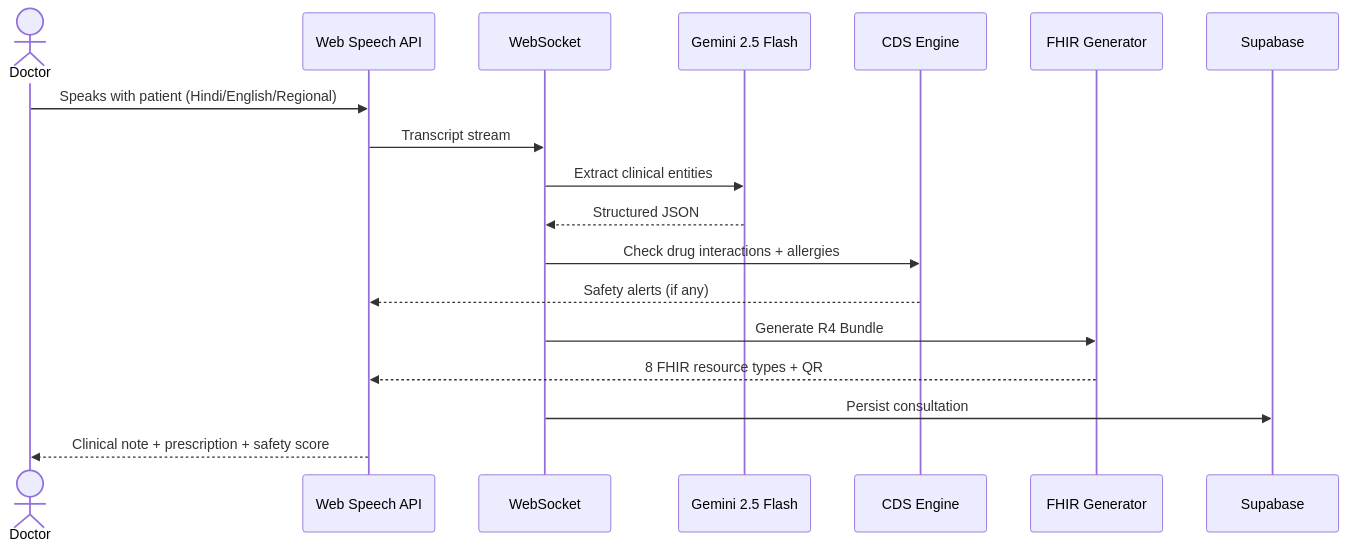
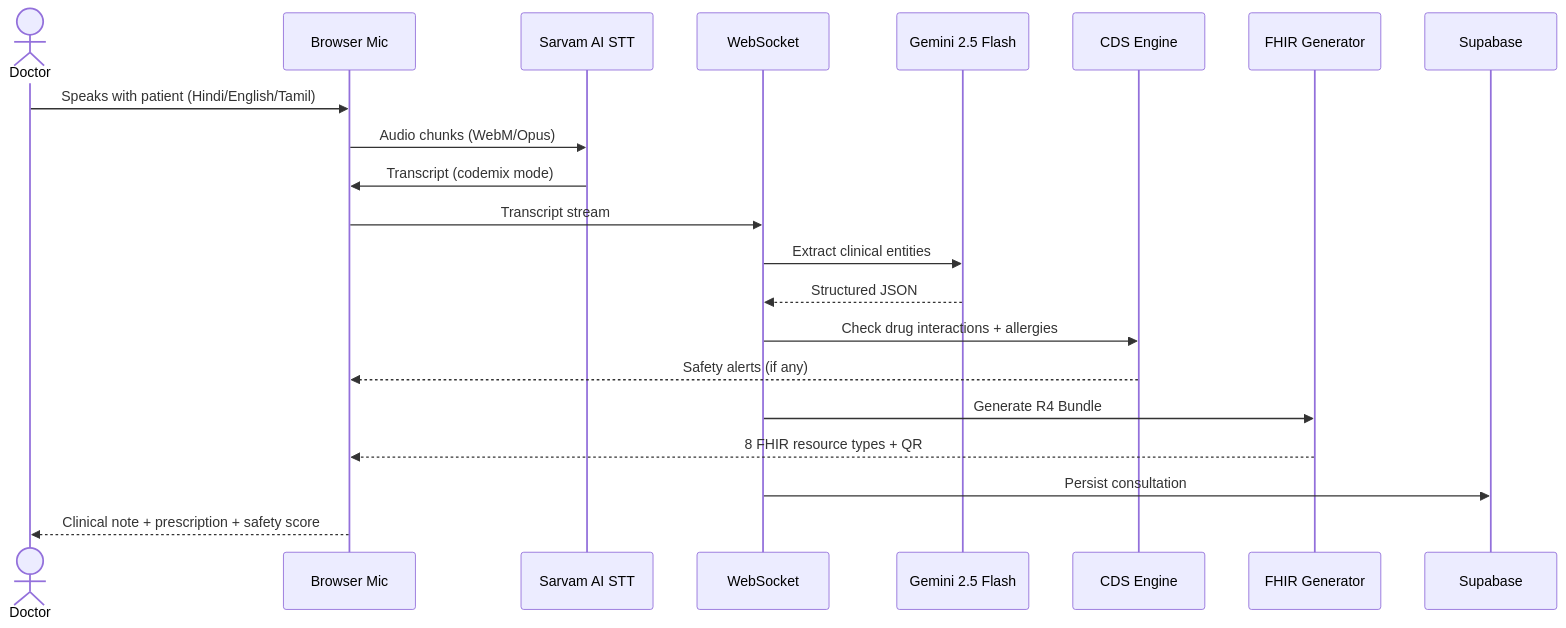
One commit to Akasxh/medscribe-ai changed the second of 2 diagrams in README.md. Above: the diagram before and after it, drawn with Mermaid. The commit also changed other lines of this file and 16 other files, not shown here.

````diff
--- a/README.md
+++ b/README.md
@@ -183,21 +199,24 @@
 ```mermaid
 sequenceDiagram
     actor D as Doctor
-    participant B as Web Speech API
+    participant B as Browser Mic
+    participant SAR as Sarvam AI STT
     participant WS as WebSocket
     participant G as Gemini 2.5 Flash
     participant CDS as CDS Engine
     participant F as FHIR Generator
     participant S as Supabase
 
-    D->>B: Speaks with patient (Hindi/English/Regional)
+    D->>B: Speaks with patient (Hindi/English/Tamil)
+    B->>SAR: Audio chunks (WebM/Opus)
+    SAR->>B: Transcript (codemix mode)
     B->>WS: Transcript stream
     WS->>G: Extract clinical entities
     G-->>WS: Structured JSON
     WS->>CDS: Check drug interactions + allergies
     CDS-->>B: Safety alerts (if any)
     WS->>F: Generate R4 Bundle
     F-->>B: 8 FHIR resource types + QR
     WS->>S: Persist consultation
     B-->>D: Clinical note + prescription + safety score
 ```
````
